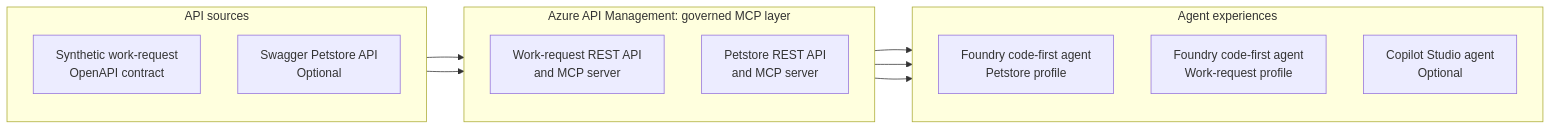
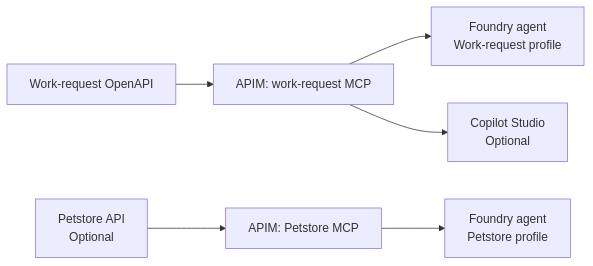
One commit to yurilausberg/foundry-apim-mcp-workshop changed the diagram in README.md. Above: the diagram before and after it, drawn with Mermaid.

Commit message:
Simplify README Mermaid layout
Use a compact two-lane diagram that fits the GitHub viewport without oversized grouping boxes.

Copilot-Session: aa1a2148-b4d0-4cc5-94ea-497594b4b72a

````diff
--- a/README.md
+++ b/README.md
@@ -9,27 +9,8 @@
 ```mermaid
 flowchart LR
-    subgraph SOURCES["API sources"]
-        direction TB
-        WORK["Synthetic work-request<br/>OpenAPI contract"]
-        PET["Swagger Petstore API<br/>Optional"]
-    end
-
-    subgraph APIM["Azure API Management: governed MCP layer"]
-        direction TB
-        WORKMCP["Work-request REST API<br/>and MCP server"]
-        PETMCP["Petstore REST API<br/>and MCP server"]
-    end
-
-    subgraph AGENTS["Agent experiences"]
-        direction TB
-        PETAGENT["Foundry code-first agent<br/>Petstore profile"]
-        WORKAGENT["Foundry code-first agent<br/>Work-request profile"]
-        COPILOT["Copilot Studio agent<br/>Optional"]
-    end
-
-    PET --> PETMCP
-    WORK --> WORKMCP
-    PETMCP --> PETAGENT
-    WORKMCP --> WORKAGENT
-    WORKMCP --> COPILOT
+    WORK["Work-request OpenAPI"] --> WORKMCP["APIM: work-request MCP"]
+    PET["Petstore API<br/>Optional"] --> PETMCP["APIM: Petstore MCP"]
+    PETMCP --> PETAGENT["Foundry agent<br/>Petstore profile"]
+    WORKMCP --> WORKAGENT["Foundry agent<br/>Work-request profile"]
+    WORKMCP --> COPILOT["Copilot Studio<br/>Optional"]
 ```
````
